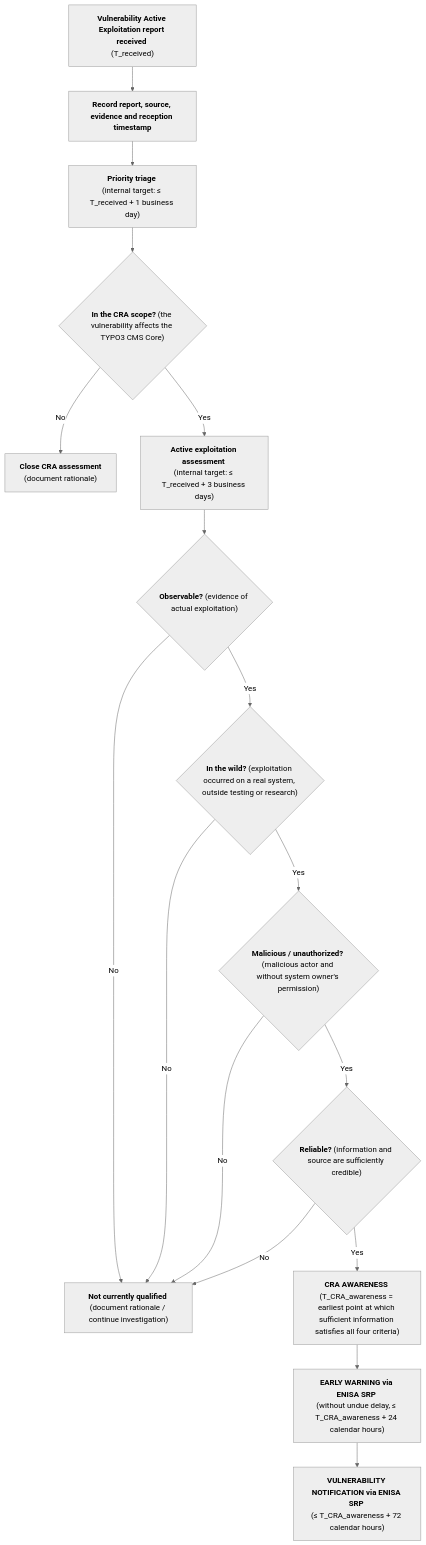
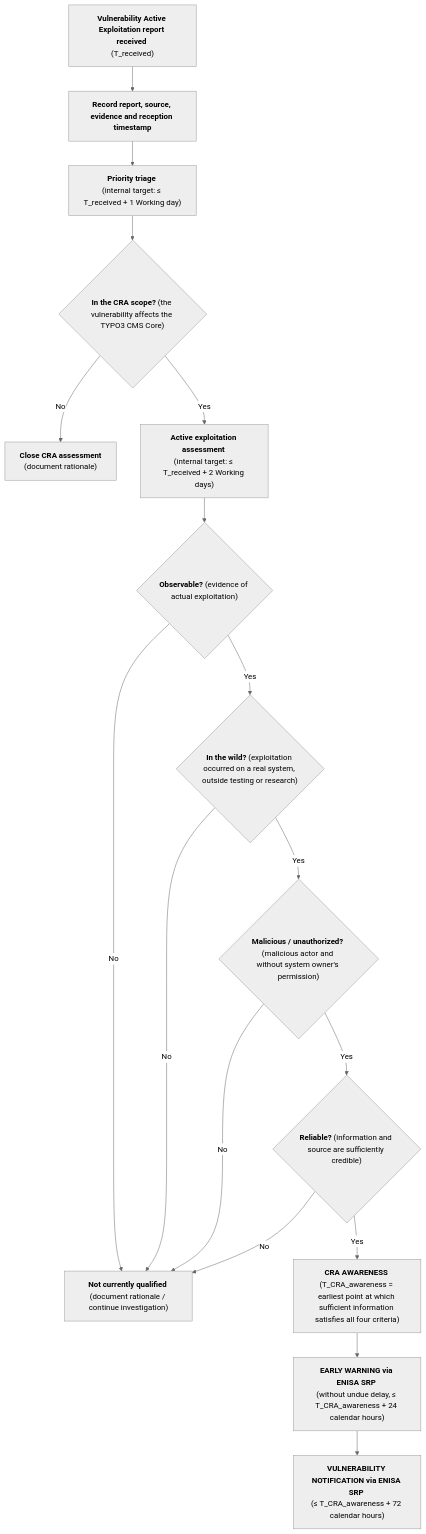
One commit to rfoucard/cra-fast-track changed the diagram in templates/actively-exploited-vulnerability-process.md. Above: the diagram before and after it, drawn with Mermaid (neutral theme). The commit also changed other lines of this file, not shown here.

````diff
--- a/templates/actively-exploited-vulnerability-process.md
+++ b/templates/actively-exploited-vulnerability-process.md
@@ -15,31 +15,31 @@
 ```mermaid
 flowchart TD
 
     A["<strong>Vulnerability Active Exploitation report received</strong> \n(T_received)"] --> B["<strong>Record report, source, evidence and reception timestamp</strong>"]
 
-    B --> C["<strong>Priority triage</strong> \n(internal target: ≤ T_received + 1 business day)"]
+    B --> C["<strong>Priority triage</strong> \n(internal target: ≤ T_received + 1 Working day)"]
 
     C --> D{"<strong>In the CRA scope?</strong> (the vulnerability affects the TYPO3 CMS Core)"}
 
     D -- "No" --> X["<strong>Close CRA assessment</strong> \n(document rationale)"]
 
-    D -- "Yes" --> E["<strong>Active exploitation assessment</strong> \n(internal target: ≤ T_received + 3 business days)"]
+    D -- "Yes" --> E["<strong>Active exploitation assessment</strong> \n(internal target: ≤ T_received + 2 Working days)"]
 
     E --> F{"<strong>Observable?</strong> (evidence of actual exploitation)"}
 
     F -- "No" --> Y["<strong>Not currently qualified</strong> (document rationale / continue investigation)"]
     F -- "Yes" --> G{"<strong>In the wild?</strong> (exploitation occurred on a real system, outside testing or research)"}
 
     G -- "No" --> Y
     G -- "Yes" --> H{"<strong>Malicious / unauthorized?</strong> (malicious actor and without system owner's permission)"}
 
     H -- "No" --> Y
     H -- "Yes" --> I{"<strong>Reliable?</strong> (information and source are sufficiently credible)"}
 
     I -- "No" --> Y
     I -- "Yes" --> L["<strong>CRA AWARENESS</strong> \n(T_CRA_awareness = earliest point at which sufficient information satisfies all four criteria)"]
 
     L --> M["<strong>EARLY WARNING via ENISA SRP</strong> \n(without undue delay, ≤ T_CRA_awareness + 24 calendar hours)"]
 
     M --> N["<strong>VULNERABILITY NOTIFICATION via ENISA SRP</strong> \n(≤ T_CRA_awareness + 72 calendar hours)"]
 ```
````
